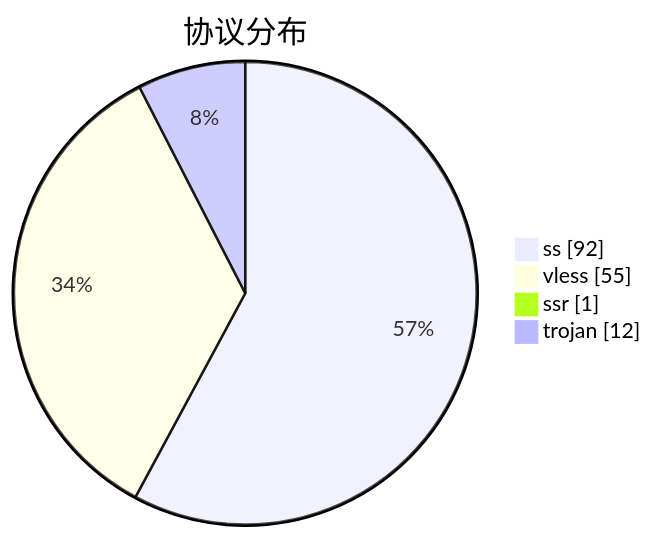
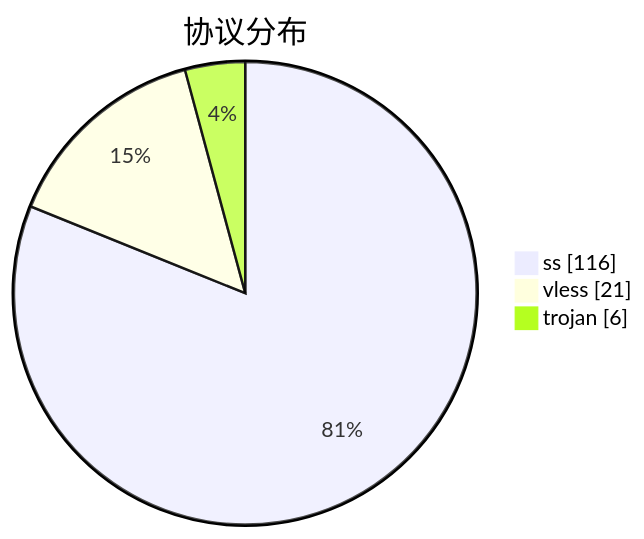
Before and after one commit to qjlxg/airport: the third of 3 diagrams in subs/statistics/tested_within.md, drawn with Mermaid. The commit also changed other lines of this file and 2 other files, not shown here.

````diff
--- a/subs/statistics/tested_within.md
+++ b/subs/statistics/tested_within.md
@@ -27,8 +30,7 @@
 ```mermaid
 pie showData
 title 协议分布
-"ss" : 92
-"vless" : 55
-"ssr" : 1
-"trojan" : 12
+"ss" : 116
+"vless" : 21
+"trojan" : 6
 ```
````
